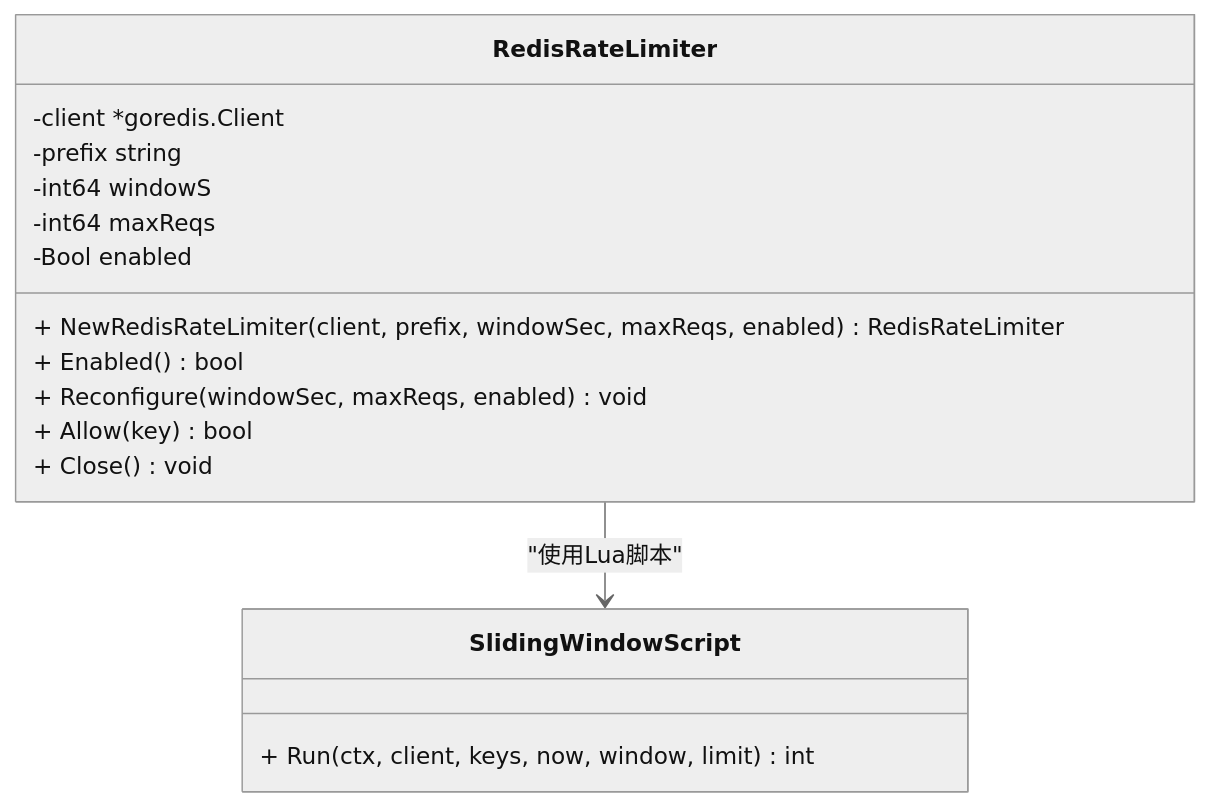
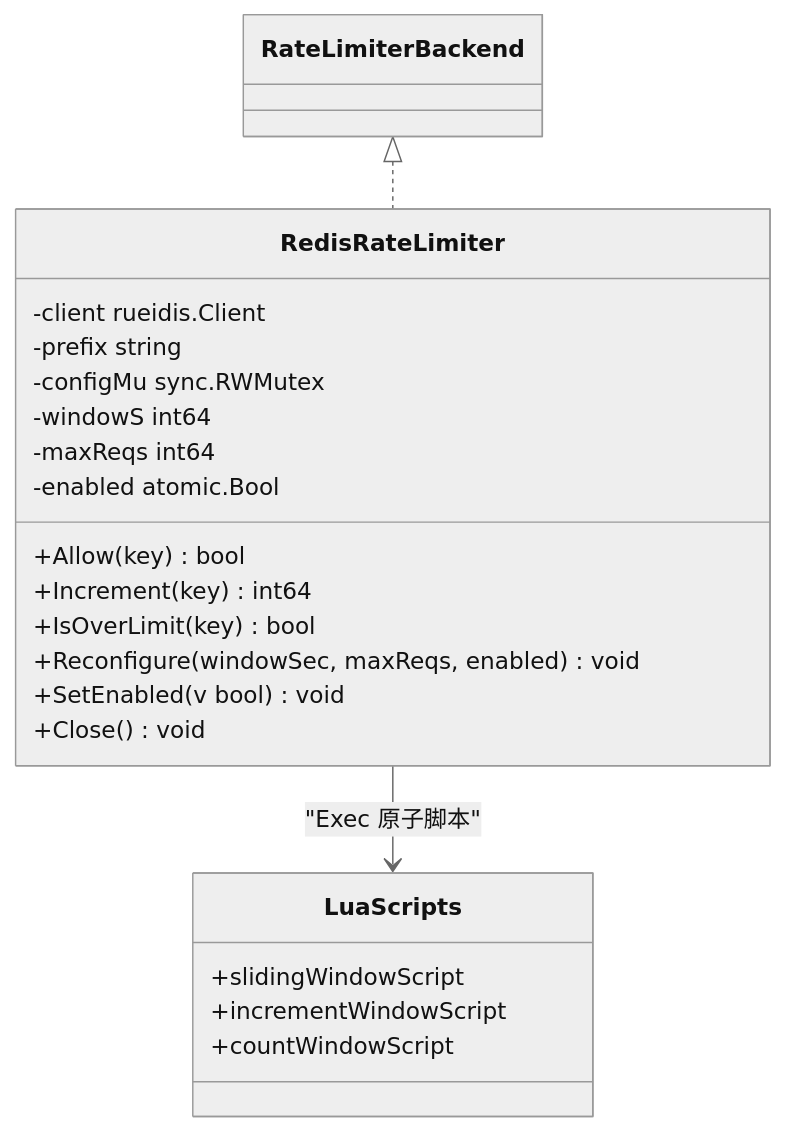
One commit to x01n/My-OpenWaf changed the third of 9 diagrams in docs/安全防护功能/速率限制机制/限流配置管理.md. Above: the diagram before and after it, drawn with Mermaid (neutral theme). The commit also changed other lines of this file and 622 other files, not shown here.

````diff
--- a/docs/安全防护功能/速率限制机制/限流配置管理.md
+++ b/docs/安全防护功能/速率限制机制/限流配置管理.md
@@ -125,19 +192,24 @@
 ```mermaid
 classDiagram
 class RedisRateLimiter {
--client *goredis.Client
+-client rueidis.Client
 -prefix string
--int64 windowS
--int64 maxReqs
--Bool enabled
-+ NewRedisRateLimiter(client, prefix, windowSec, maxReqs, enabled) RedisRateLimiter
-+ Enabled() bool
-+ Reconfigure(windowSec, maxReqs, enabled) void
-+ Allow(key) bool
-+ Close() void
+-configMu sync.RWMutex
+-windowS int64
+-maxReqs int64
+-enabled atomic.Bool
++Allow(key) bool
++Increment(key) int64
++IsOverLimit(key) bool
++Reconfigure(windowSec, maxReqs, enabled) void
++SetEnabled(v bool) void
++Close() void
 }
-class SlidingWindowScript {
-+ Run(ctx, client, keys, now, window, limit) int
+class LuaScripts {
++slidingWindowScript
++incrementWindowScript
++countWindowScript
 }
-RedisRateLimiter --> SlidingWindowScript : "使用Lua脚本"
+RateLimiterBackend <|.. RedisRateLimiter
+RedisRateLimiter --> LuaScripts : "Exec 原子脚本"
 ```
````
